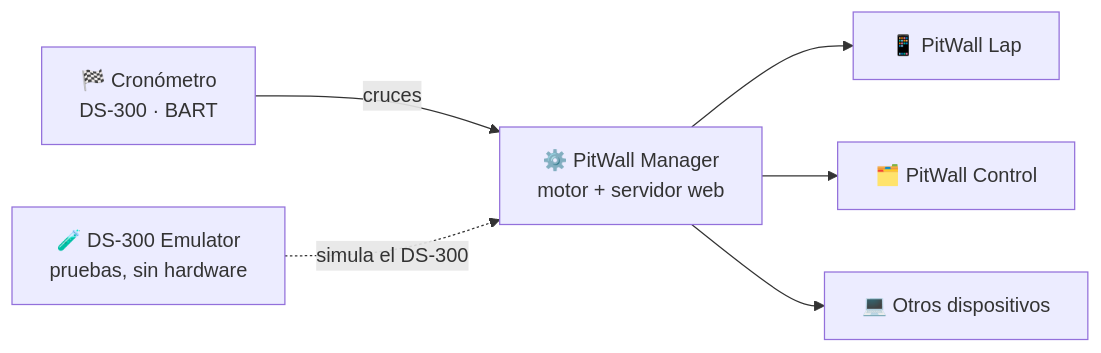
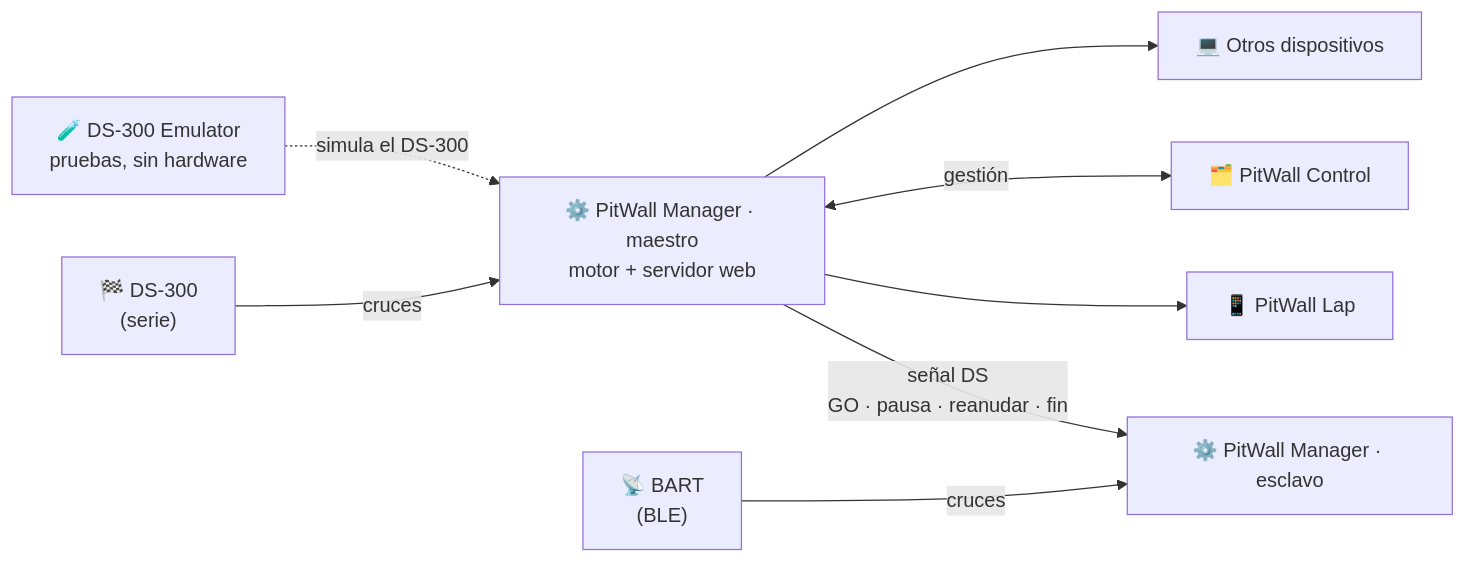
The diagram in README.md (vgonzalezgomez85/PitWall-Ecosistema), drawn with Mermaid before and after one commit. The commit also changed other lines of this file, not shown here.

Commit message:
Refine ecosystem diagram: master/slave Manager and Control two-way link
- Show PitWall Control <-> Manager as bidirectional
- Model master/slave: master drives DS signal (GO/pause/resume/end),
  slave receives it and gets its crossings from a BART

````diff
--- a/README.md
+++ b/README.md
@@ -19,8 +21,10 @@
 ```mermaid
 flowchart LR
-  HW["🏁 Cronómetro<br/>DS-300 · BART"] -->|cruces| M
+  DS["🏁 DS-300<br/>(serie)"] -->|cruces| M
   EMU["🧪 DS-300 Emulator<br/>pruebas, sin hardware"] -.->|simula el DS-300| M
-  M["⚙️ PitWall Manager<br/>motor + servidor web"] --> L["📱 PitWall Lap"]
-  M --> C["🗂️ PitWall Control"]
+  M["⚙️ PitWall Manager · maestro<br/>motor + servidor web"] -->|"señal DS<br/>GO · pausa · reanudar · fin"| S["⚙️ PitWall Manager · esclavo"]
+  BART["📡 BART<br/>(BLE)"] -->|cruces| S
+  M --> L["📱 PitWall Lap"]
+  M <-->|gestión| C["🗂️ PitWall Control"]
   M --> O["💻 Otros dispositivos"]
 ```
````
